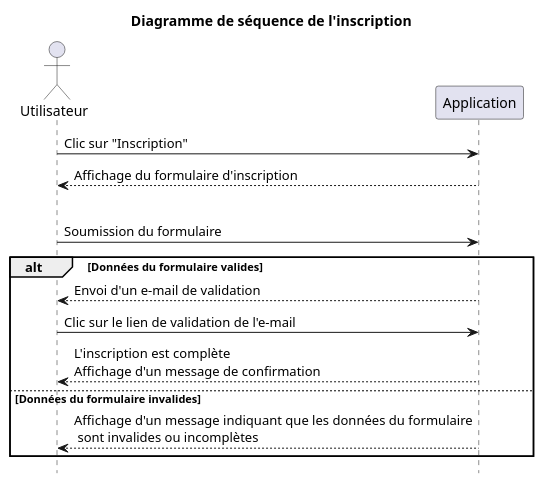
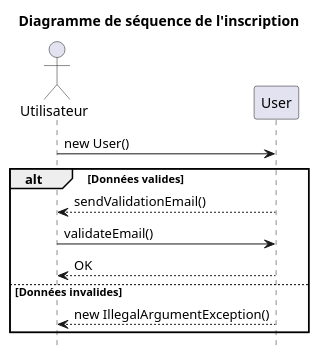
The diagram in diagrams/Inscription.puml (SharafGabel/GYMTONIK), drawn with PlantUML before and after one commit. The commit also changed 5 other files, not shown here.

Commit message:
Modification des diagrammes de séquence afin d'utiliser les classes et noms de méthodes.

```diff
--- a/diagrams/Inscription.puml
+++ b/diagrams/Inscription.puml
@@ -1,24 +1,22 @@
 @startuml
 hide footbox
 actor Utilisateur
 
 title Diagramme de séquence de l'inscription
 
-Utilisateur -> Application: Clic sur "Inscription"
-Application --> Utilisateur: Affichage du formulaire d'inscription
-|||
-Utilisateur -> Application: Soumission du formulaire
+Utilisateur -> User: new User()
 
-alt Données du formulaire valides
+alt Données valides
 
-    Utilisateur <-- Application: Envoi d'un e-mail de validation
+    Utilisateur <-- User: sendValidationEmail()
 
-    Utilisateur -> Application: Clic sur le lien de validation de l'e-mail
-    Utilisateur <-- Application: L'inscription est complète\nAffichage d'un message de confirmation
+    Utilisateur -> User: validateEmail()
 
-else Données du formulaire invalides
+    Utilisateur <-- User: OK
 
-    Utilisateur <-- Application: Affichage d'un message indiquant que les données du formulaire\n sont invalides ou incomplètes
+else Données invalides
+
+    Utilisateur <-- User: new IllegalArgumentException()
 
 end
 @enduml
```
